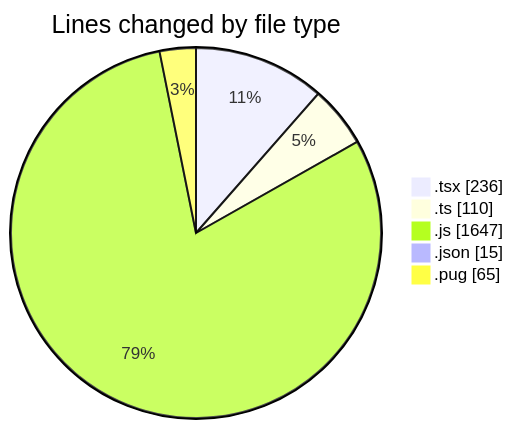
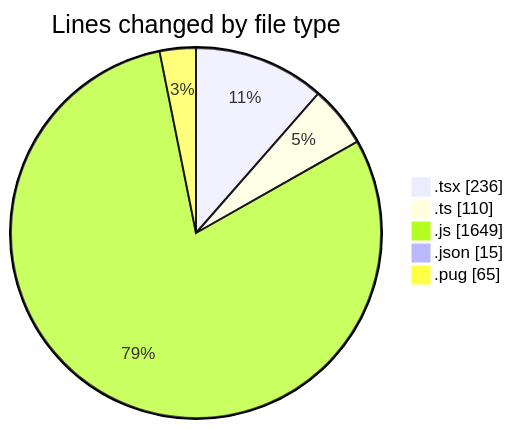
The first of 2 diagrams in 2025-03-24/cda/README.md (momahboobian/code-tracking), drawn with Mermaid before and after one commit. The commit also changed other lines of this file and 1 other file, not shown here.

````diff
--- a/2025-03-24/cda/README.md
+++ b/2025-03-24/cda/README.md
@@ -30,9 +30,9 @@
 ```mermaid
 pie showData
 title Lines changed by file type
 ".tsx" : 236
 ".ts" : 110
-".js" : 1647
+".js" : 1649
 ".json" : 15
 ".pug" : 65
 ```
````
